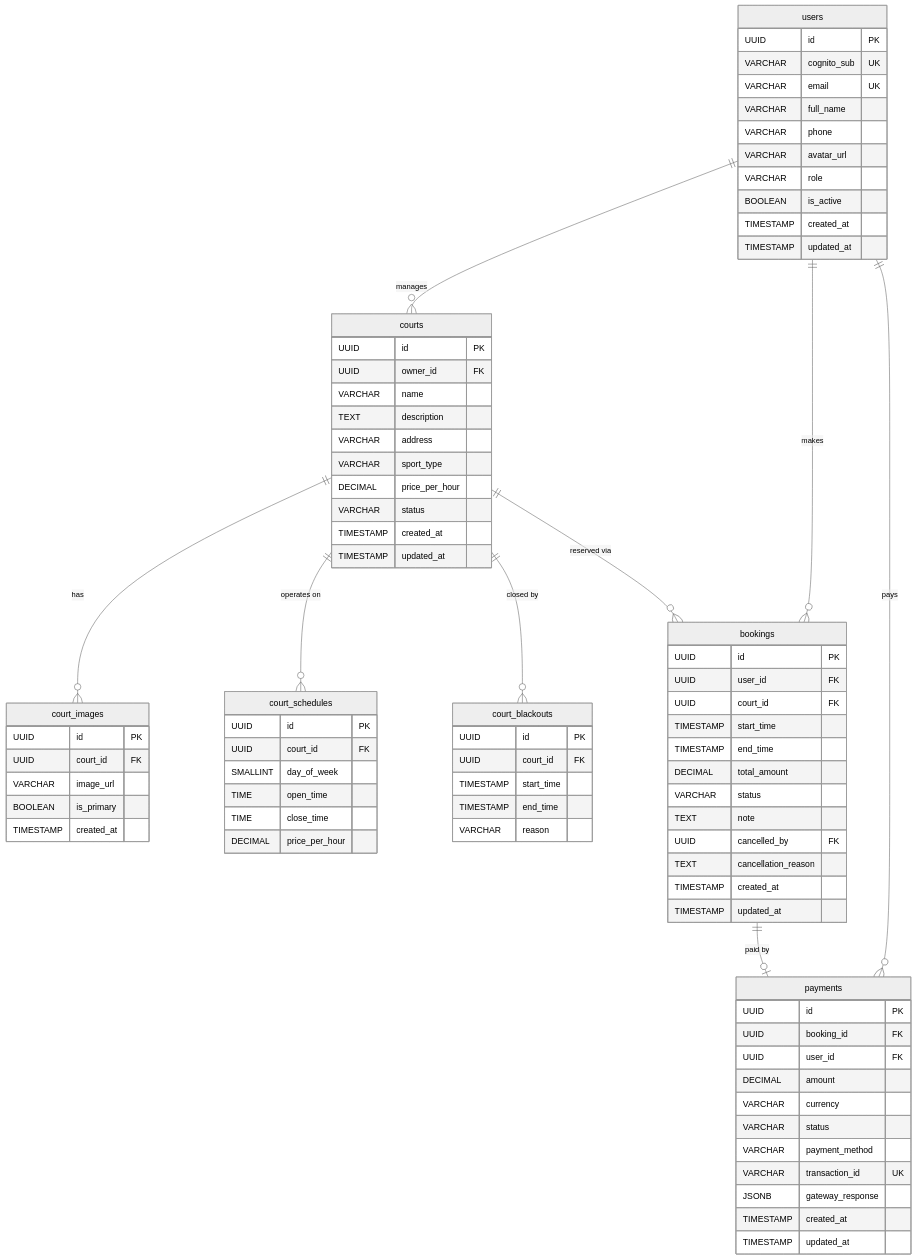
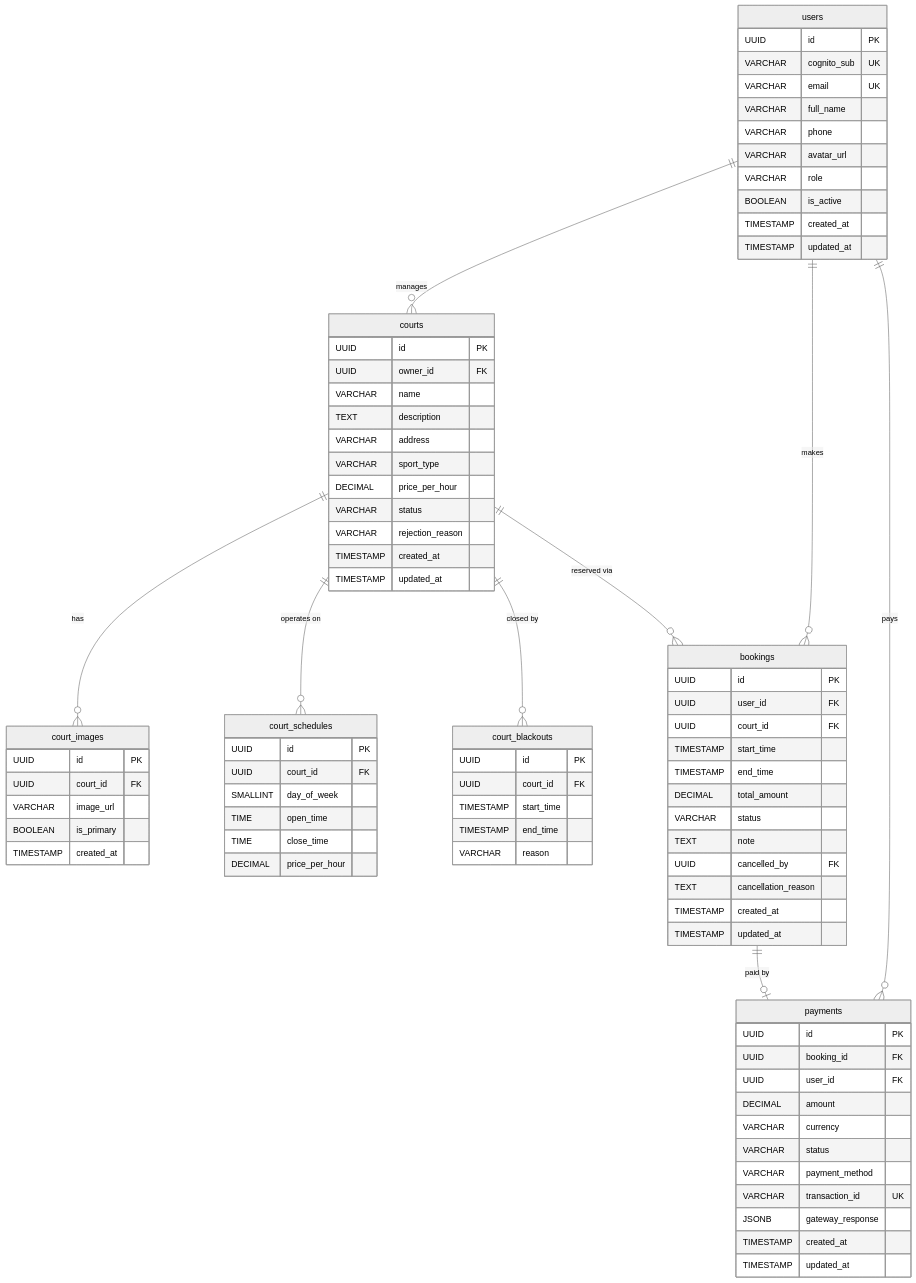
The diagram in content/2-Proposal/2.1-Architecture/_index.md (minyryo/aws-fcaj-2026), drawn with Mermaid (neutral theme) before and after one commit. The commit also changed other lines of this file and 1 other file, not shown here.

```diff
--- a/content/2-Proposal/2.1-Architecture/_index.md
+++ b/content/2-Proposal/2.1-Architecture/_index.md
@@ -271,6 +292,7 @@
 VARCHAR sport_type
 DECIMAL price_per_hour
 VARCHAR status
+VARCHAR rejection_reason
 TIMESTAMP created_at
 TIMESTAMP updated_at
 }
```
